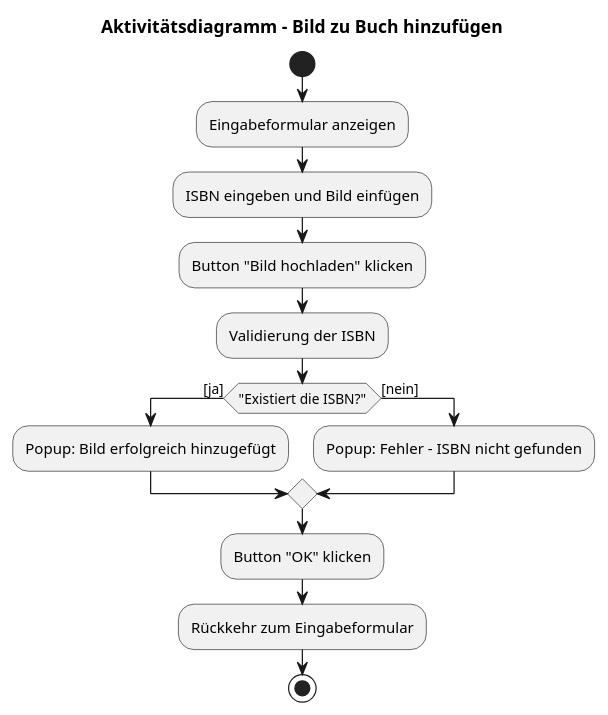
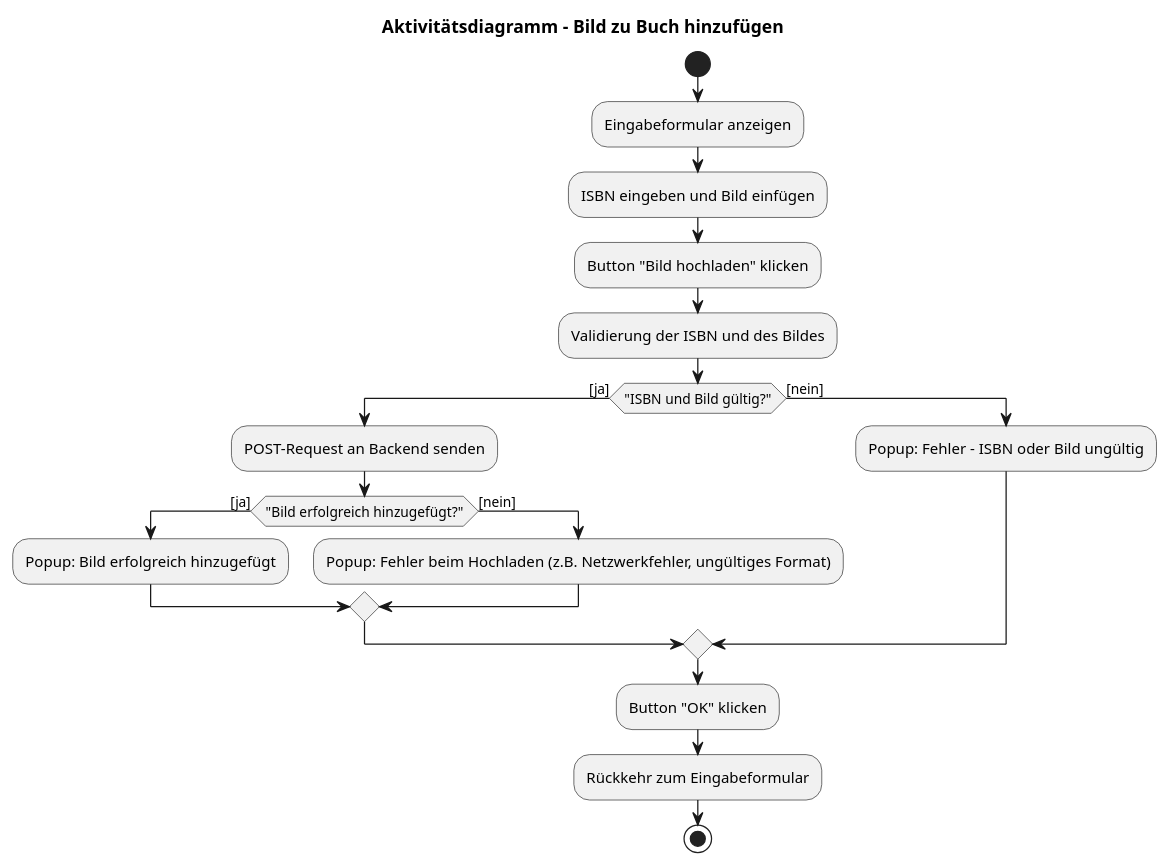
The diagram in extras/doc/projekthandbuch/aktivitaetsdiagrammAnlegenBild.plantuml (feydernoah/swe-react-frontend), drawn with PlantUML before and after one commit. The commit also changed 5 other files, not shown here.

Commit message:
Plant UML Ergänzung Delete Funktion und Aufarbeitung bestehender Diagramme

```diff
--- a/extras/doc/projekthandbuch/aktivitaetsdiagrammAnlegenBild.plantuml
+++ b/extras/doc/projekthandbuch/aktivitaetsdiagrammAnlegenBild.plantuml
@@ -3,23 +3,28 @@
 @startuml Aktivitätsdiagramm_BildHinzufuegen
 
 title Aktivitätsdiagramm – Bild zu Buch hinzufügen
 
 start
 
 :Eingabeformular anzeigen;
 :ISBN eingeben und Bild einfügen;
 :Button "Bild hochladen" klicken;
-:Validierung der ISBN;
+:Validierung der ISBN und des Bildes;
 
-if ("Existiert die ISBN?") then ([ja])
-  :Popup: Bild erfolgreich hinzugefügt;
+if ("ISBN und Bild gültig?") then ([ja])
+  :POST-Request an Backend senden;
+  if ("Bild erfolgreich hinzugefügt?") then ([ja])
+    :Popup: Bild erfolgreich hinzugefügt;
+  else ([nein])
+    :Popup: Fehler beim Hochladen (z.B. Netzwerkfehler, ungültiges Format);
+  endif
 else ([nein])
-  :Popup: Fehler – ISBN nicht gefunden;
+  :Popup: Fehler – ISBN oder Bild ungültig;
 endif
 
 :Button "OK" klicken;
 :Rückkehr zum Eingabeformular;
 
 stop
 
 @enduml
```
